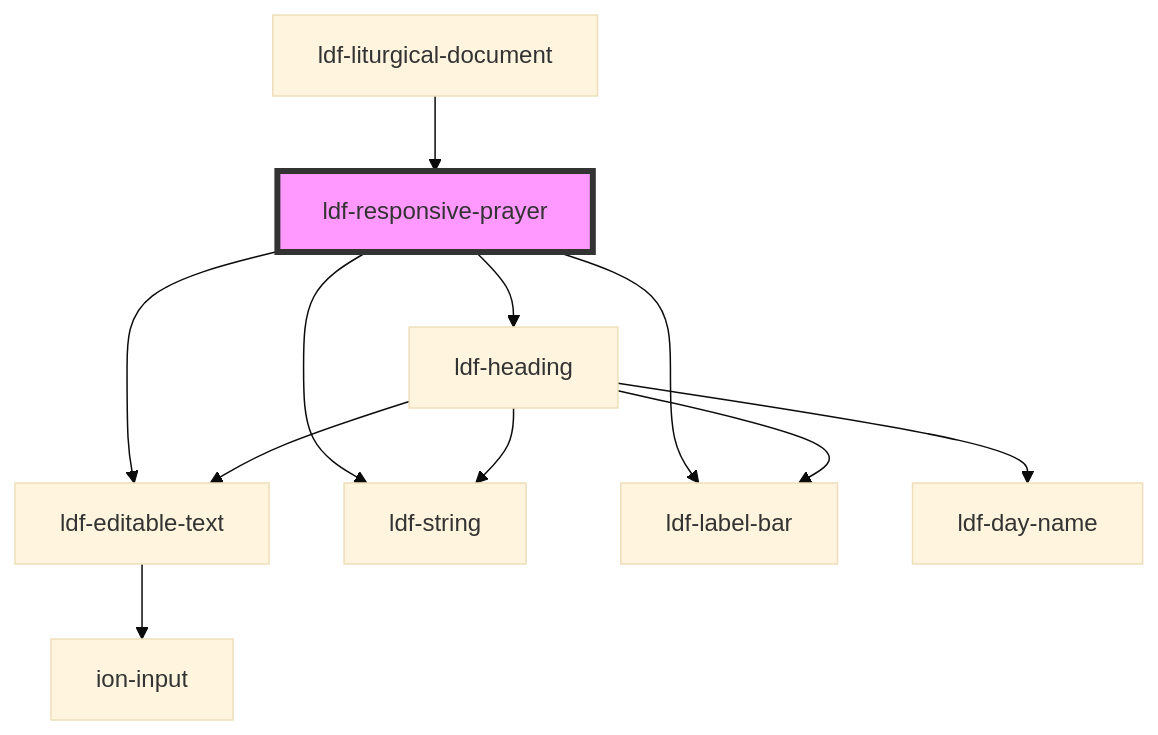
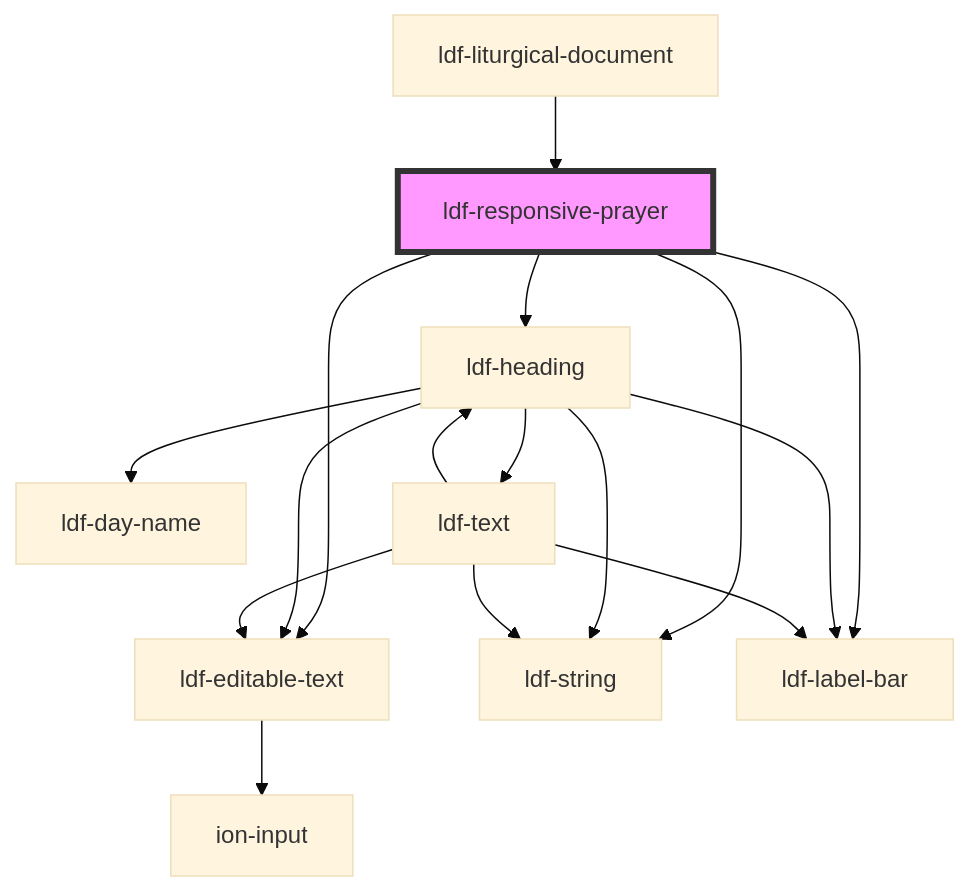
Before and after one commit to gbj/venite: the diagram in components/src/components/responsive-prayer/readme.md, drawn with Mermaid (base theme). The commit also changed 22 other files, not shown here.

````diff
--- a/components/src/components/responsive-prayer/readme.md
+++ b/components/src/components/responsive-prayer/readme.md
@@ -31,14 +31,19 @@
 ```mermaid
 graph TD;
   ldf-responsive-prayer --> ldf-editable-text
   ldf-responsive-prayer --> ldf-string
   ldf-responsive-prayer --> ldf-label-bar
   ldf-responsive-prayer --> ldf-heading
   ldf-editable-text --> ion-input
   ldf-heading --> ldf-string
   ldf-heading --> ldf-editable-text
   ldf-heading --> ldf-label-bar
   ldf-heading --> ldf-day-name
+  ldf-heading --> ldf-text
+  ldf-text --> ldf-label-bar
+  ldf-text --> ldf-heading
+  ldf-text --> ldf-editable-text
+  ldf-text --> ldf-string
   ldf-liturgical-document --> ldf-responsive-prayer
   style ldf-responsive-prayer fill:#f9f,stroke:#333,stroke-width:4px
 ```
````
